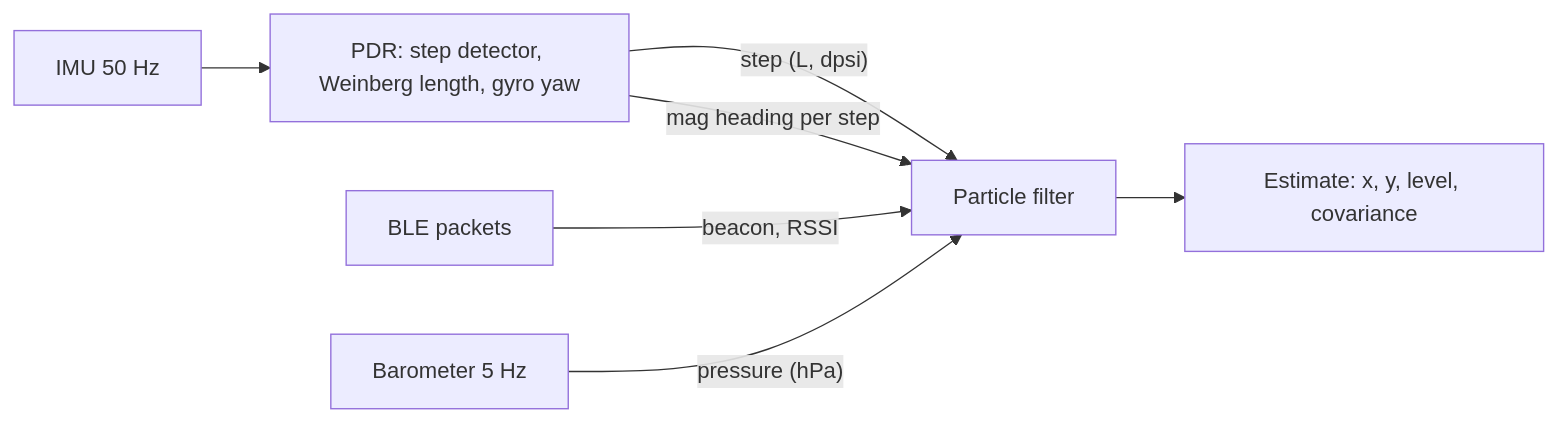
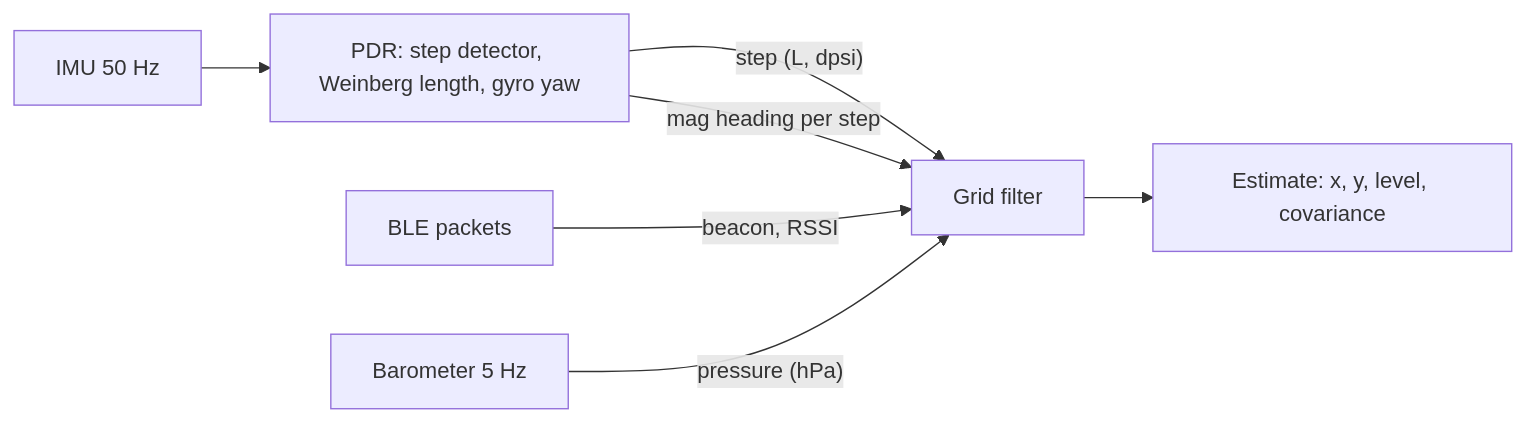
The diagram in docs/design.md (Yusufss4/indoor-positioning-engine), drawn with Mermaid before and after one commit. The commit also changed other lines of this file and 61 other files, not shown here.

````diff
--- a/docs/design.md
+++ b/docs/design.md
@@ -5,9 +5,9 @@
 ```mermaid
 flowchart LR
   IMU[IMU 50 Hz] --> PDR[PDR: step detector, Weinberg length, gyro yaw]
-  PDR -->|"step (L, dpsi)"| F[Particle filter]
+  PDR -->|"step (L, dpsi)"| F[Grid filter]
   PDR -->|mag heading per step| F
   BLE[BLE packets] -->|"beacon, RSSI"| F
   Baro[Barometer 5 Hz] -->|"pressure (hPa)"| F
   F --> Est[Estimate: x, y, level, covariance]
 ```
````
